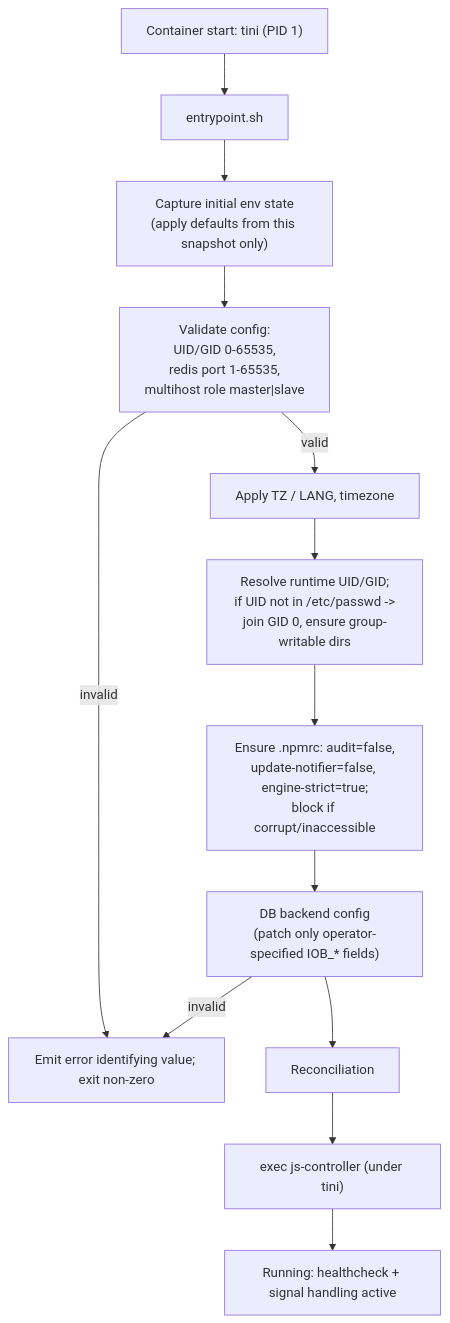
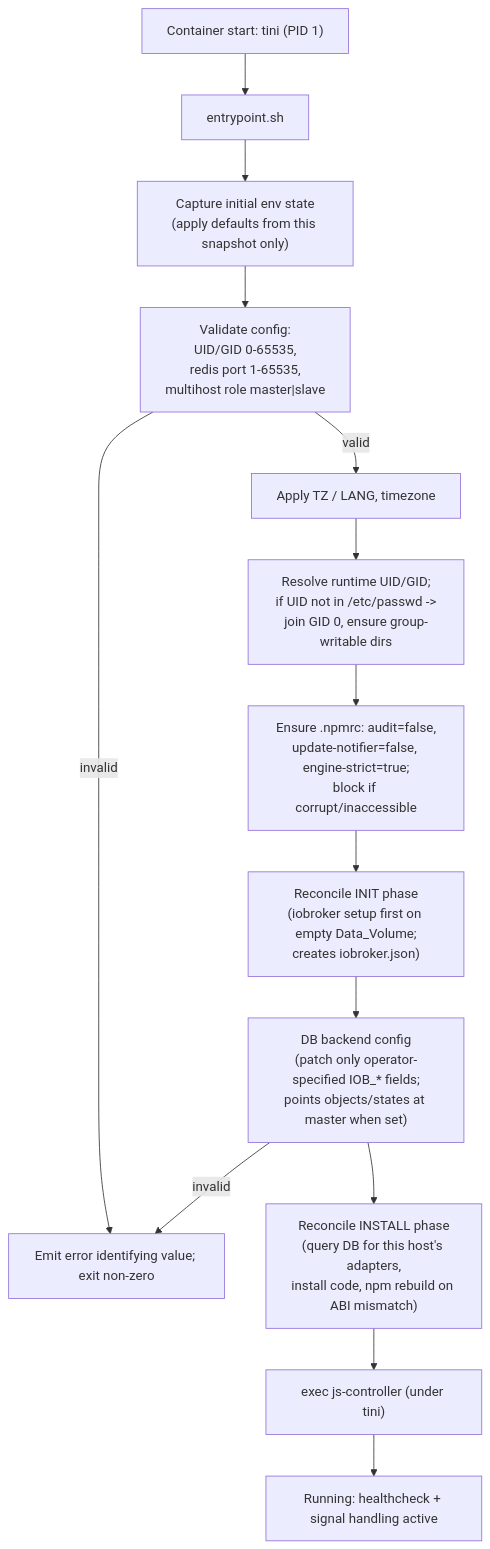
The third of 5 diagrams in .kiro/specs/rootless-iobroker-container-image/design.md (FernetMenta/ioBroker.container-image), drawn with Mermaid before and after one commit. The commit also changed other lines of this file and 2 other files, not shown here.

First paragraph of the commit message:
feat(entrypoint): configure DB before adapter install; add staged startup logging
Split reconciliation into two phases around database configuration so a
multihost slave (or a host joining an existing master with an empty
Data_Volume) queries the correct objects DB:

````diff
--- a/.kiro/specs/rootless-iobroker-container-image/design.md
+++ b/.kiro/specs/rootless-iobroker-container-image/design.md
@@ -142,15 +142,16 @@
 ```mermaid
 flowchart TD
     START["Container start: tini (PID 1)"] --> EP["entrypoint.sh"]
     EP --> CAPTURE["Capture initial env state\n(apply defaults from this snapshot only)"]
     CAPTURE --> VAL["Validate config:\nUID/GID 0-65535,\nredis port 1-65535,\nmultihost role master|slave"]
     VAL -->|invalid| ERRV["Emit error identifying value; exit non-zero"]
     VAL -->|valid| TZ["Apply TZ / LANG, timezone"]
     TZ --> UIDSETUP["Resolve runtime UID/GID;\nif UID not in /etc/passwd ->\njoin GID 0, ensure group-writable dirs"]
     UIDSETUP --> NPM["Ensure .npmrc: audit=false,\nupdate-notifier=false, engine-strict=true;\nblock if corrupt/inaccessible"]
-    NPM --> MH["DB backend config\n(patch only operator-specified IOB_* fields)"]
+    NPM --> RINIT["Reconcile INIT phase\n(iobroker setup first on empty Data_Volume;\ncreates iobroker.json)"]
+    RINIT --> MH["DB backend config\n(patch only operator-specified IOB_* fields;\npoints objects/states at master when set)"]
     MH -->|invalid| ERRV
-    MH --> RECON["Reconciliation"]
-    RECON --> EXEC["exec js-controller (under tini)"]
+    MH --> RINSTALL["Reconcile INSTALL phase\n(query DB for this host's adapters,\ninstall code, npm rebuild on ABI mismatch)"]
+    RINSTALL --> EXEC["exec js-controller (under tini)"]
     EXEC --> RUN["Running: healthcheck + signal handling active"]
 ```
````
